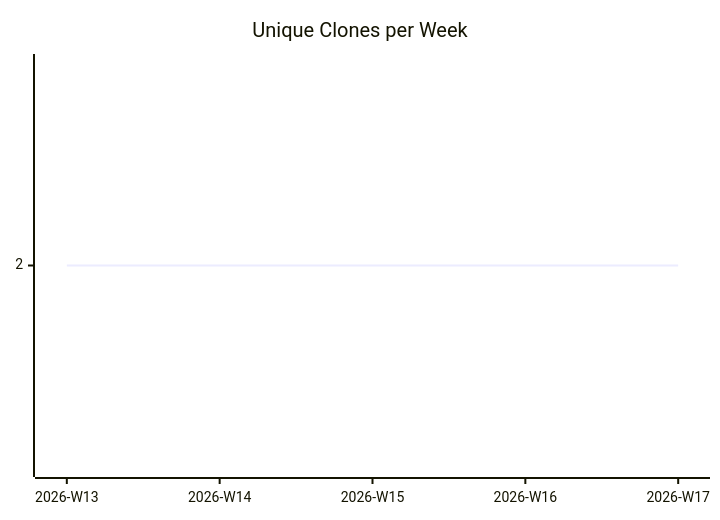
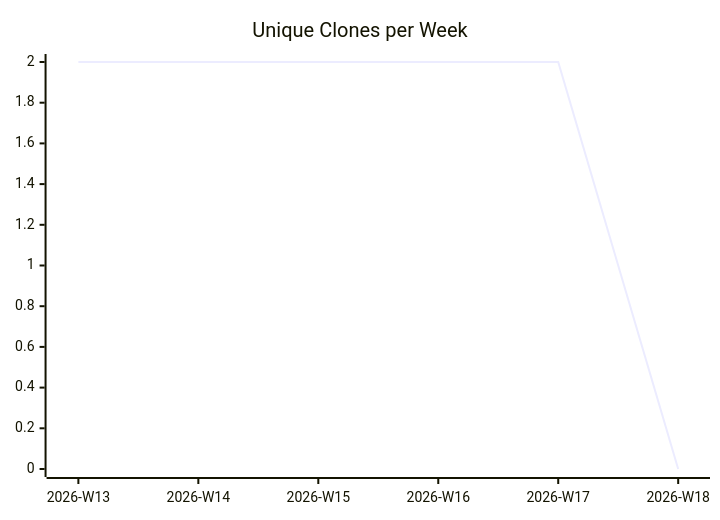
One commit to justdavis-family/github-analytics-data changed the third of 3 diagrams in karlmdavis/rps-tourney/README.md. Above: the diagram before and after it, drawn with Mermaid. The commit also changed other lines of this file and 184 other files, not shown here.

````diff
--- a/karlmdavis/rps-tourney/README.md
+++ b/karlmdavis/rps-tourney/README.md
@@ -19,6 +19,6 @@
 ```mermaid
 xychart-beta
   title "Unique Clones per Week"
-  x-axis ["2026-W13", "2026-W14", "2026-W15", "2026-W16", "2026-W17"]
-  line [2, 2, 2, 2, 2]
+  x-axis ["2026-W13", "2026-W14", "2026-W15", "2026-W16", "2026-W17", "2026-W18"]
+  line [2, 2, 2, 2, 2, 0]
 ```
````
